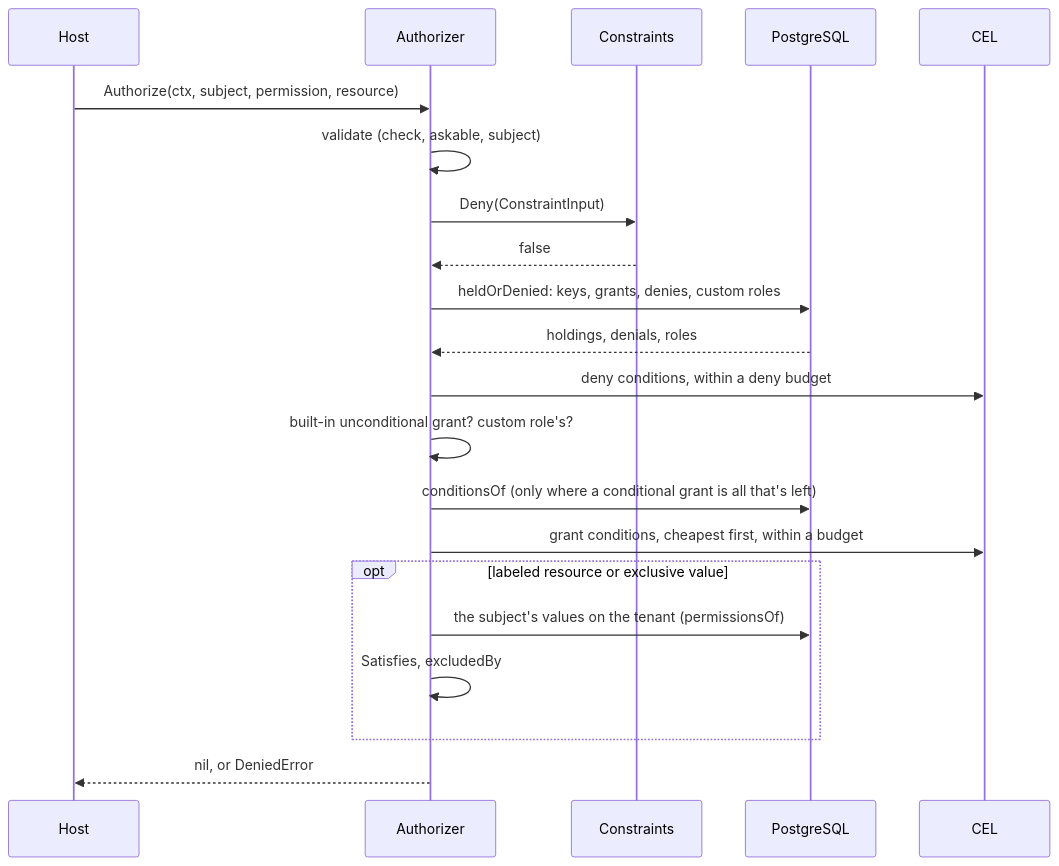
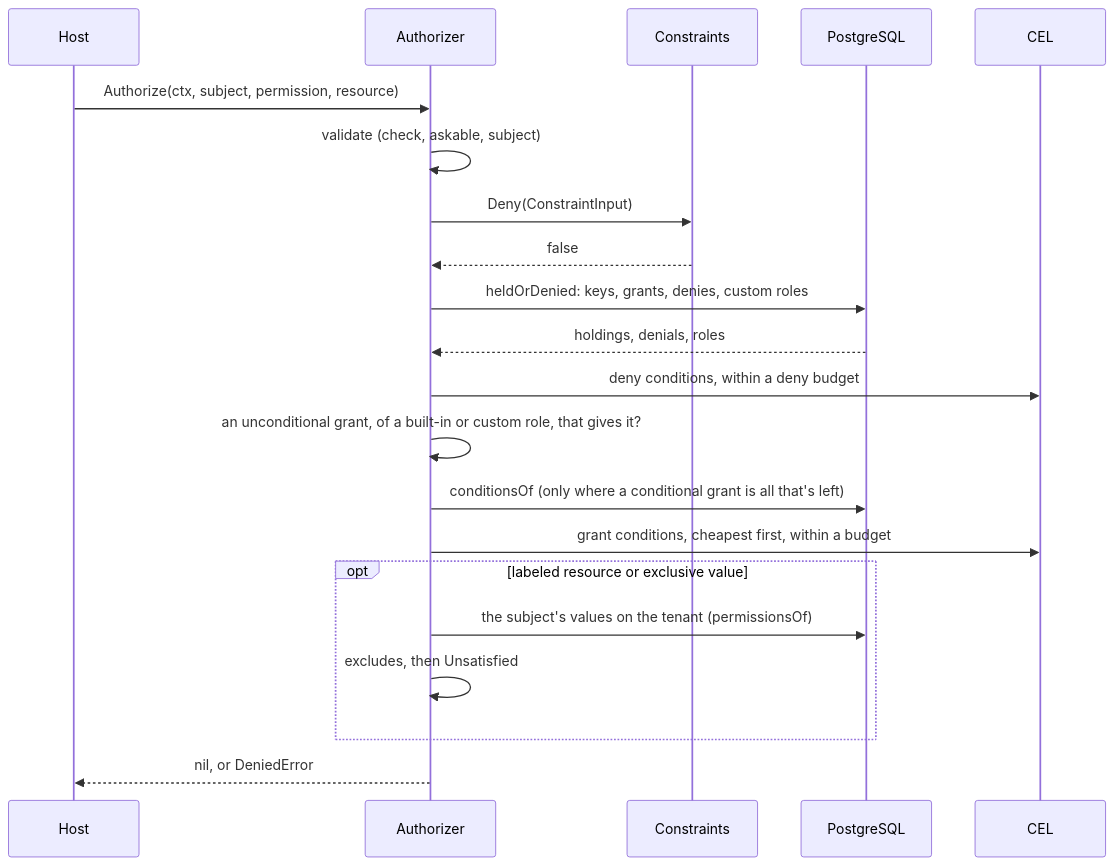
Before and after one commit to parallelworks/rbac: the seventh of 13 diagrams in docs/architecture.md, drawn with Mermaid. The commit also changed other lines of this file, not shown here.

````diff
--- a/docs/architecture.md
+++ b/docs/architecture.md
@@ -300,23 +309,23 @@
 ```mermaid
 sequenceDiagram
     participant H as Host
     participant A as Authorizer
     participant C as Constraints
     participant DB as PostgreSQL
     participant E as CEL
     H->>A: Authorize(ctx, subject, permission, resource)
     A->>A: validate (check, askable, subject)
     A->>C: Deny(ConstraintInput)
     C-->>A: false
     A->>DB: heldOrDenied: keys, grants, denies, custom roles
     DB-->>A: holdings, denials, roles
     A->>E: deny conditions, within a deny budget
-    A->>A: built-in unconditional grant? custom role's?
+    A->>A: an unconditional grant, of a built-in or custom role, that gives it?
     A->>DB: conditionsOf (only where a conditional grant is all that's left)
     A->>E: grant conditions, cheapest first, within a budget
     opt labeled resource or exclusive value
         A->>DB: the subject's values on the tenant (permissionsOf)
-        A->>A: Satisfies, excludedBy
+        A->>A: excludes, then Unsatisfied
     end
     A-->>H: nil, or DeniedError
 ```
````
